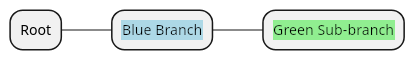
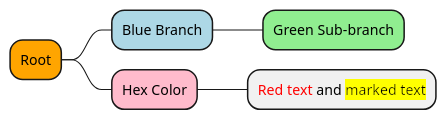
The fourth of 9 diagrams in skills/diagrammer/specs/plantuml/plantuml_mindmap.md (hgrabows/diagrammer-skills), drawn with PlantUML before and after one commit. The commit also changed other lines of this file and 127 other files, not shown here.

First line of the commit message:
feat: audit all specs, add example gallery, fix PlantUML and Gantt rendering

````diff
--- a/skills/diagrammer/specs/plantuml/plantuml_mindmap.md
+++ b/skills/diagrammer/specs/plantuml/plantuml_mindmap.md
@@ -76,7 +94,9 @@
 ```plantuml
 @startmindmap
-* Root
-** <back:lightblue>Blue Branch
-*** <back:lightgreen>Green Sub-branch
+*[#Orange] Root
+**[#lightblue] Blue Branch
+***[#lightgreen] Green Sub-branch
+**[#FFBBCC] Hex Color
+*** <color:red>Red text</color> and <back:yellow>marked text</back>
 @endmindmap
 ```
````
